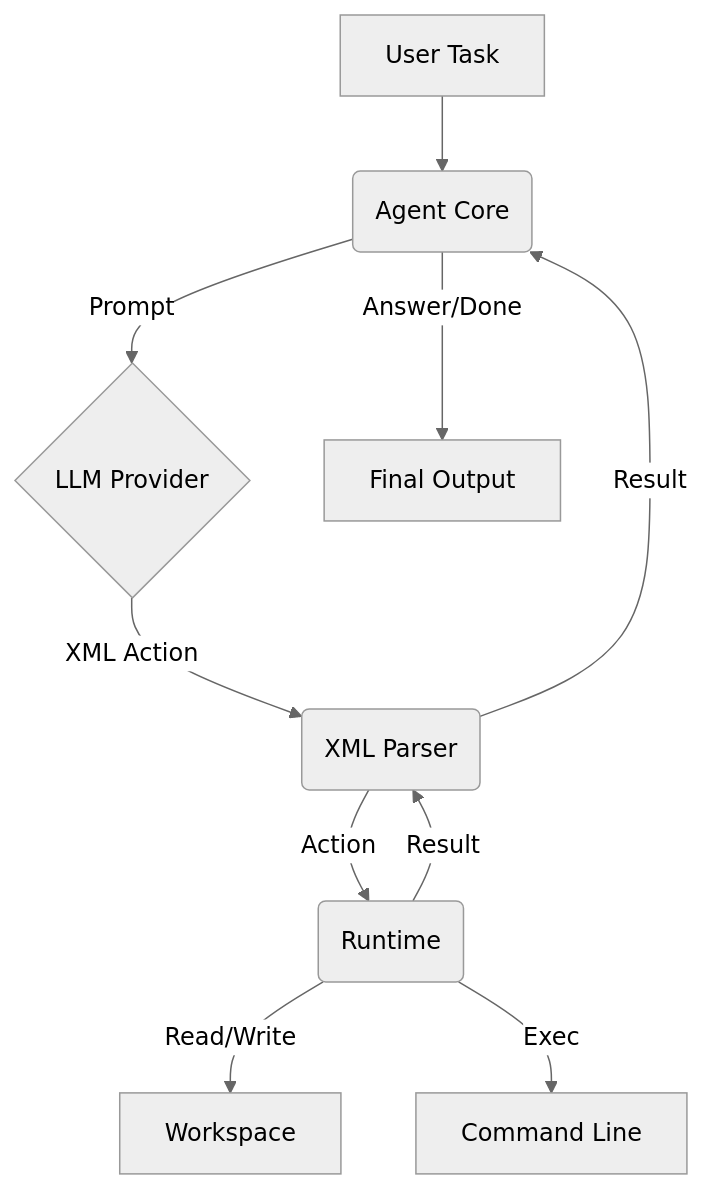
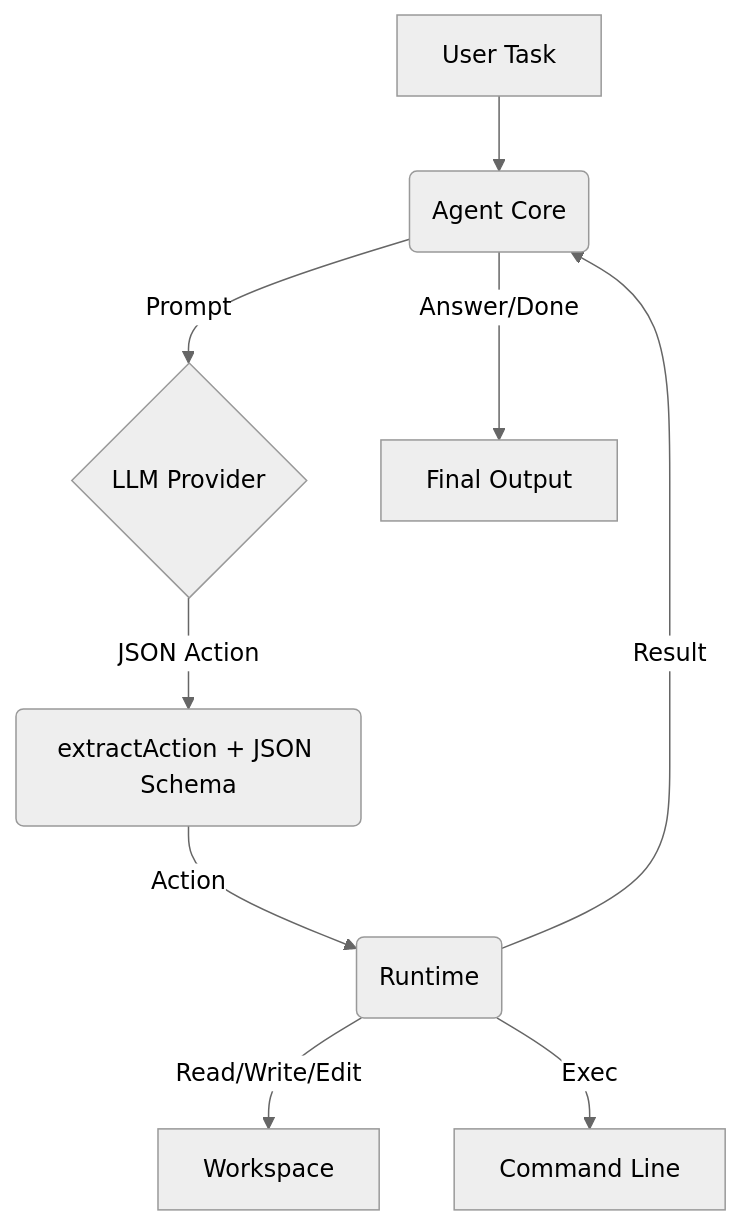
One commit to wulishuhan/xml_agent changed the diagram in docs/QUICKSTART.md. Above: the diagram before and after it, drawn with Mermaid (neutral theme). The commit also changed other lines of this file and 110 other files, not shown here.

````diff
--- a/docs/QUICKSTART.md
+++ b/docs/QUICKSTART.md
@@ -19,12 +19,11 @@
 ```mermaid
 graph TD
     A[User Task] --> B(Agent Core)
     B -->|Prompt| C{LLM Provider}
-    C -->|XML Action| D(XML Parser)
+    C -->|JSON Action| D(extractAction + JSON Schema)
     D -->|Action| E(Runtime)
-    E -->|Read/Write| F[Workspace]
+    E -->|Read/Write/Edit| F[Workspace]
     E -->|Exec| G[Command Line]
-    E -->|Result| D
-    D -->|Result| B
+    E -->|Result| B
     B -->|Answer/Done| H[Final Output]
 ```
````
